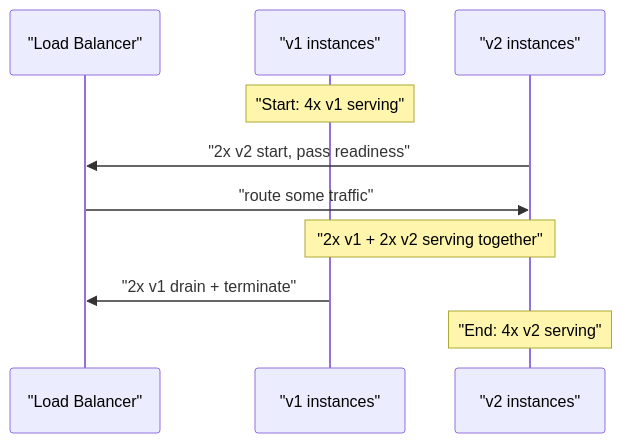
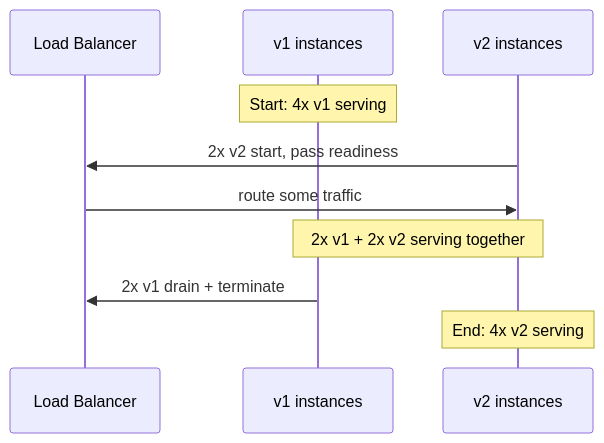
The first of 3 diagrams in content/post/zero-downtime-deployment-strategies.md (vabs/vabs.github.io), drawn with Mermaid before and after one commit. The commit also changed other lines of this file and 87 other files, not shown here.

First line of the commit message:
Fix: Readable mermaid diagrams and fact-check blog posts

```diff
--- a/content/post/zero-downtime-deployment-strategies.md
+++ b/content/post/zero-downtime-deployment-strategies.md
@@ -23,12 +23,12 @@
 {{< mermaid >}}
 sequenceDiagram
-    participant LB as "Load Balancer"
-    participant V1 as "v1 instances"
-    participant V2 as "v2 instances"
-    Note over V1: "Start: 4x v1 serving"
-    V2->>LB: "2x v2 start, pass readiness"
-    LB->>V2: "route some traffic"
-    Note over V1,V2: "2x v1 + 2x v2 serving together"
-    V1->>LB: "2x v1 drain + terminate"
-    Note over V2: "End: 4x v2 serving"
+    participant LB as Load Balancer
+    participant V1 as v1 instances
+    participant V2 as v2 instances
+    Note over V1: Start: 4x v1 serving
+    V2->>LB: 2x v2 start, pass readiness
+    LB->>V2: route some traffic
+    Note over V1,V2: 2x v1 + 2x v2 serving together
+    V1->>LB: 2x v1 drain + terminate
+    Note over V2: End: 4x v2 serving
 {{< /mermaid >}}
```
